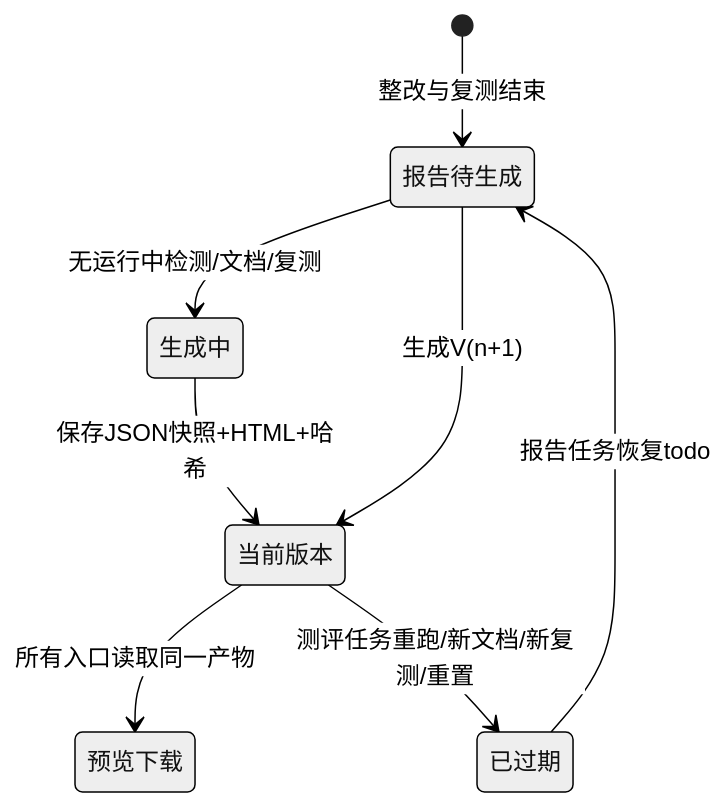
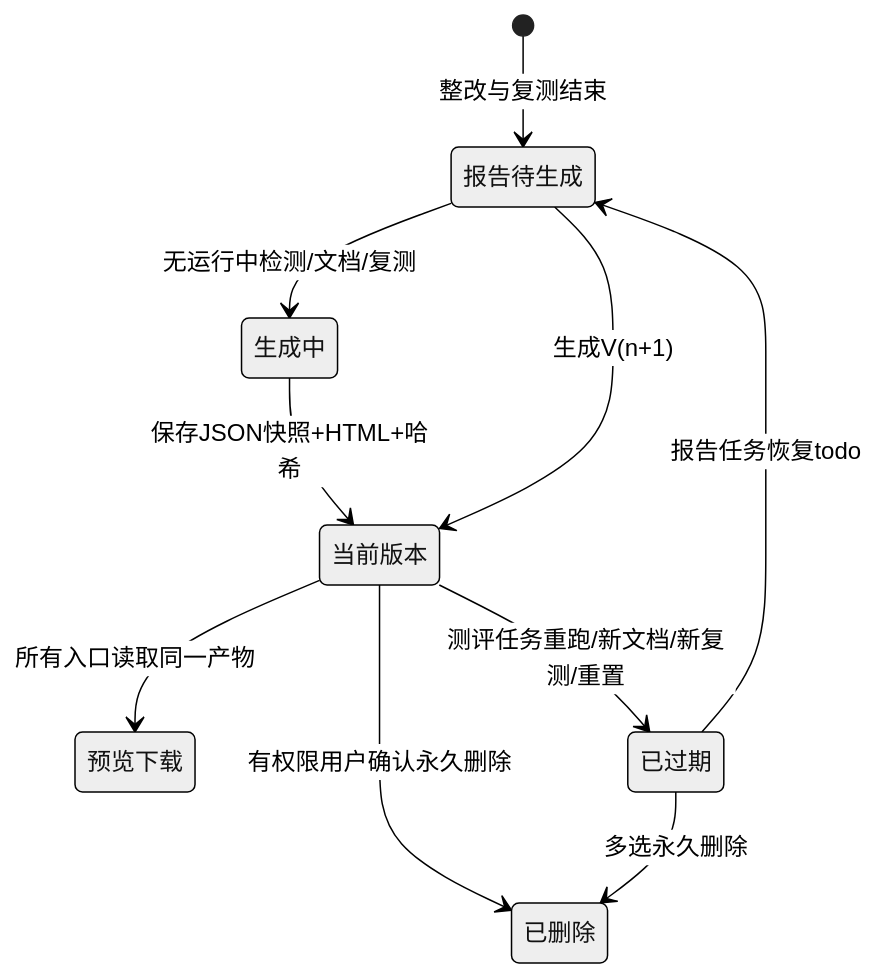
One commit to asxzsa558/CertiProof changed diagram 12 of 14 in .opencode/plans/ARCHITECTURE.md. Above: the diagram before and after it, drawn with Mermaid (neutral theme). The commit also changed other lines of this file and 59 other files, not shown here.

````diff
--- a/.opencode/plans/ARCHITECTURE.md
+++ b/.opencode/plans/ARCHITECTURE.md
@@ -1002,10 +1013,12 @@
 ```mermaid
 stateDiagram-v2
   [*] --> 报告待生成: 整改与复测结束
   报告待生成 --> 生成中: 无运行中检测/文档/复测
   生成中 --> 当前版本: 保存JSON快照+HTML+哈希
   当前版本 --> 预览下载: 所有入口读取同一产物
   当前版本 --> 已过期: 测评任务重跑/新文档/新复测/重置
+  当前版本 --> 已删除: 有权限用户确认永久删除
+  已过期 --> 已删除: 多选永久删除
   已过期 --> 报告待生成: 报告任务恢复todo
   报告待生成 --> 当前版本: 生成V(n+1)
 ```
````
